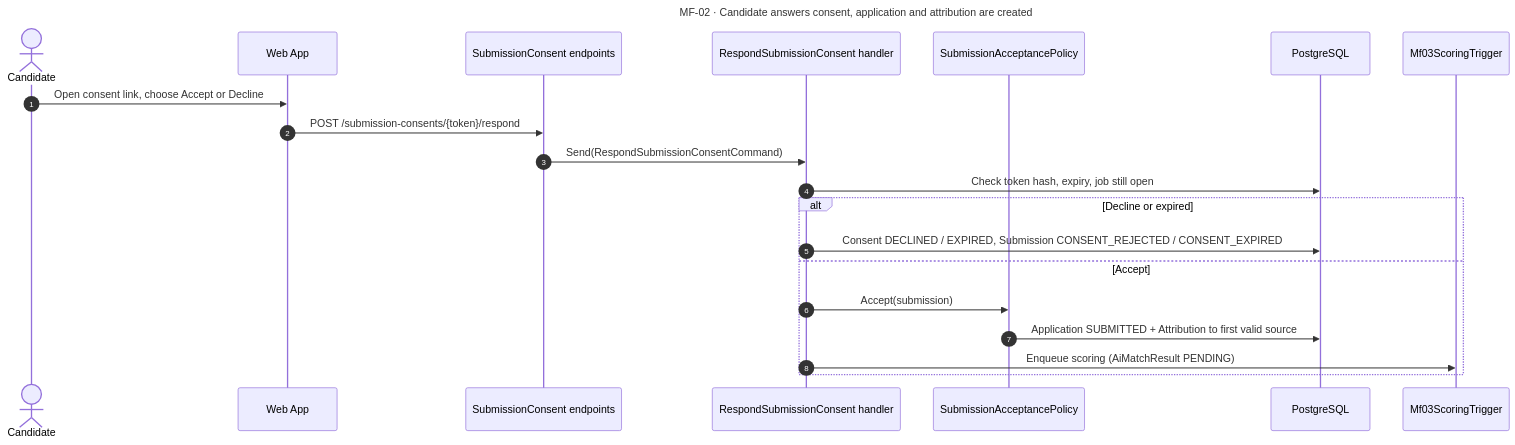
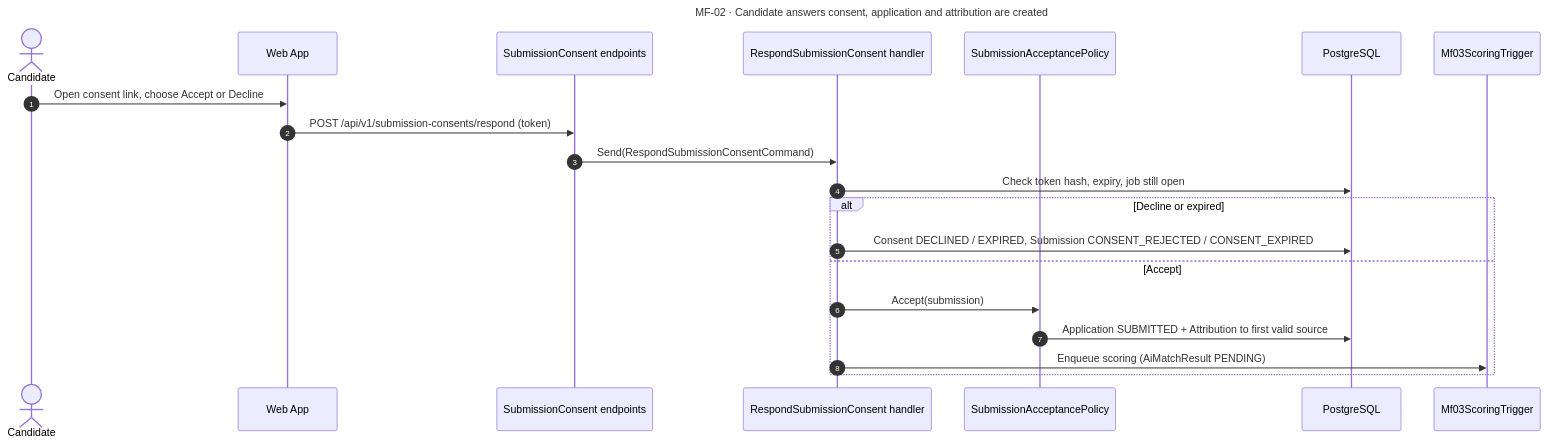
Before and after one commit to hoangqui794/hr-connect: the diagram in docs/diagrams/sequences/source/seq-mf02-consent-response.mmd, drawn with Mermaid. The commit also changed 34 other files, not shown here.

Commit message:
docs(diagrams): add candidate self-apply sequence and fix endpoint paths in MF-01..MF-04 sequences

```diff
--- a/docs/diagrams/sequences/source/seq-mf02-consent-response.mmd
+++ b/docs/diagrams/sequences/source/seq-mf02-consent-response.mmd
@@ -1,23 +1,23 @@
 ---
 title: MF-02 · Candidate answers consent, application and attribution are created
 ---
 sequenceDiagram
   autonumber
   actor CA as Candidate
   participant FE as Web App
   participant API as SubmissionConsent endpoints
   participant H as RespondSubmissionConsent handler
   participant P as SubmissionAcceptancePolicy
   participant DB as PostgreSQL
   participant AI as Mf03ScoringTrigger
   CA->>FE: Open consent link, choose Accept or Decline
-  FE->>API: POST /submission-consents/{token}/respond
+  FE->>API: POST /api/v1/submission-consents/respond (token)
   API->>H: Send(RespondSubmissionConsentCommand)
   H->>DB: Check token hash, expiry, job still open
   alt Decline or expired
   H->>DB: Consent DECLINED / EXPIRED, Submission CONSENT_REJECTED / CONSENT_EXPIRED
   else Accept
   H->>P: Accept(submission)
   P->>DB: Application SUBMITTED + Attribution to first valid source
   H->>AI: Enqueue scoring (AiMatchResult PENDING)
   end
```
